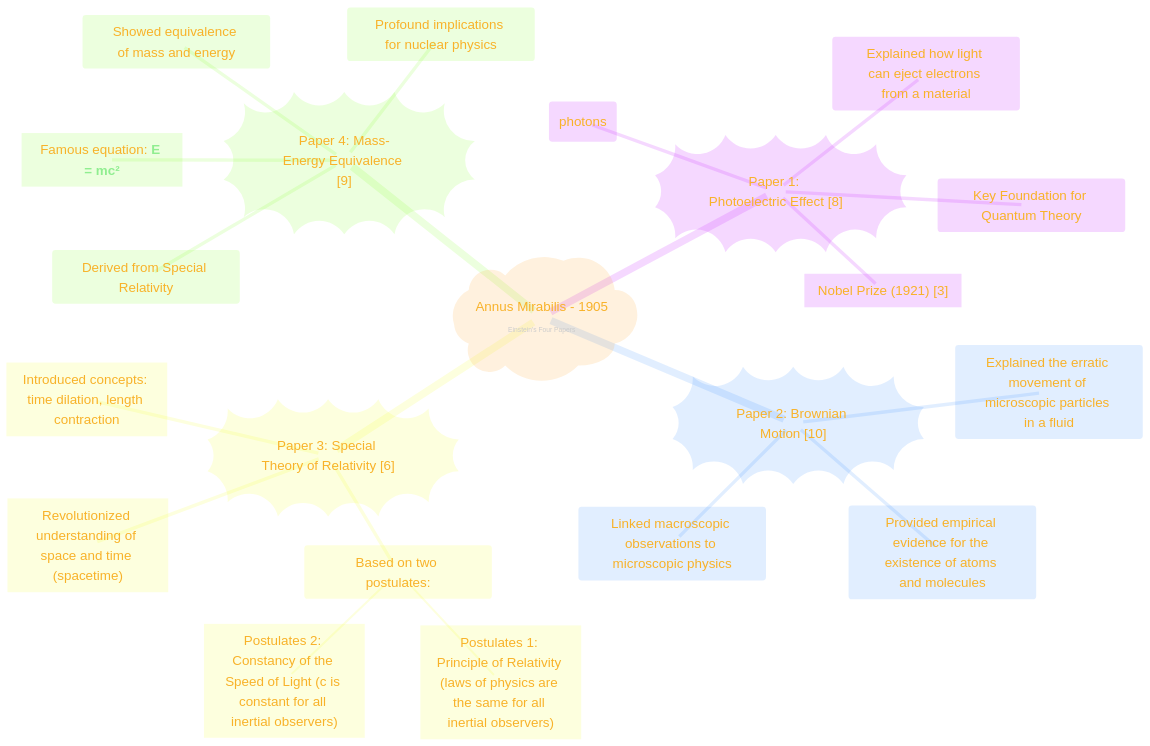
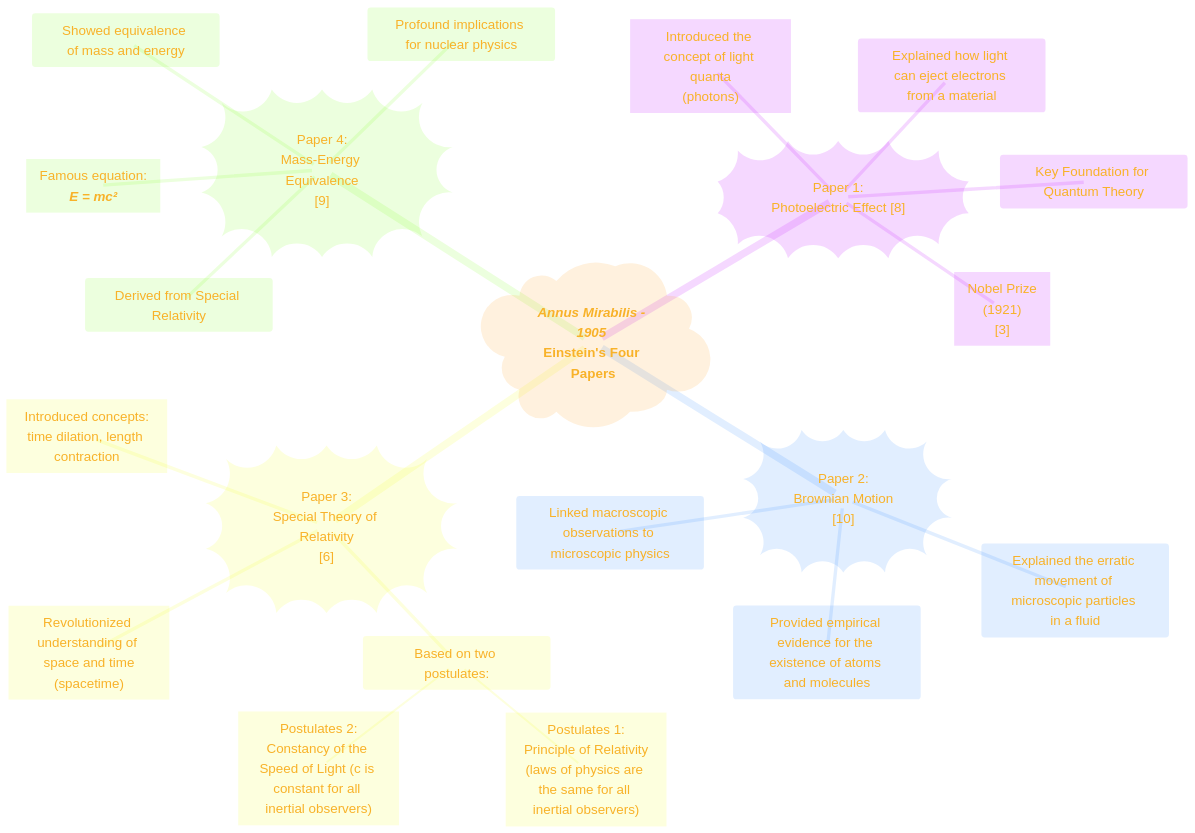
One commit to CongLeSolutionX/The-Formula-Founders changed the third of 10 diagrams in Albert_Einstein/Albert_Einstein_A_Revolution_in_Physics.md. Above: the diagram before and after it, drawn with Mermaid. The commit also changed other lines of this file, not shown here.

Commit message:
update notes

````diff
--- a/Albert_Einstein/Albert_Einstein_A_Revolution_in_Physics.md
+++ b/Albert_Einstein/Albert_Einstein_A_Revolution_in_Physics.md
@@ -164,56 +164,56 @@
 ```mermaid
 ---
 title: "The Annus Mirabilis (Miracle Year - 1905)"
 author: "Cong Le"
 version: "1.0"
 license(s): "MIT, CC BY 4.0"
 copyright: "Copyright (c) 2025 Cong Le. All Rights Reserved."
 config:
   theme: base
 ---
 %%%%%%%% Mermaid version v11.4.1-b.14
 %%{
   init: {
     'fontFamily': 'Andale Mono, monospace',
     'mindmap': {
 	    'nodeAlign': 'center',
 	    'padding': 20
     },
     'themeVariables': {
       'primaryColor': '#FC82',
       'primaryTextColor': '#F8B229',
       'primaryBorderColor': '#27AE60',
       'secondaryColor': '#EBF3',
       'secondaryTextColor': '#6C3483',
       'secondaryBorderColor': '#A569BD',
       'fontSize': '20px'
     }
   }
 }%%
 mindmap
-  root)"Annus Mirabilis - 1905 <br/> <font color='#cccccc' size='1'>Einstein's Four Papers</font>"(
-    Paper_1))"Paper 1: Photoelectric Effect [8]"((
+  root)"***Annus Mirabilis - 1905*** <br/>**Einstein's Four Papers**"(
+    Paper_1))"Paper 1:<br/>Photoelectric Effect [8]"((
       ::icon(fa fa-lightbulb)
-      Introduced the concept of light quanta (photons)
+      Photons["Introduced the concept of light quanta<br/>(photons)"]
       Explained how light can eject electrons from a material
       Key Foundation for Quantum Theory
-      Nobel_Prize["Nobel Prize (1921) [3]"]
-    Paper_2))"Paper 2: Brownian Motion [10]"((
+      Nobel_Prize["Nobel Prize<br/>(1921)<br/>[3]"]
+    Paper_2))"Paper 2:<br/>Brownian Motion<br/>[10]"((
       ::icon(fa fa-atom)
       Explained the erratic movement of microscopic particles in a fluid
       Provided empirical evidence for the existence of atoms and molecules
       Linked macroscopic observations to microscopic physics
-    Paper_3))"Paper 3: Special Theory of Relativity [6]"((
+    Paper_3))"Paper 3:<br/>Special Theory of Relativity<br/>[6]"((
       ::icon(fa fa-rocket)
       Based on two postulates:
-        Postulates_1["Postulates 1: Principle of Relativity (laws of physics are the same for all inertial observers)"]
-        Postulates_2["Postulates 2: Constancy of the Speed of Light (c is constant for all inertial observers)"]
-      Spacetime["Revolutionized understanding of space and time (spacetime)"]
-      Introduced_concepts["Introduced concepts: time dilation, length contraction"]
-    Paper_4))"Paper 4: Mass-Energy Equivalence [9]"((
+        Postulates_1["Postulates 1:<br/>Principle of Relativity<br/>(laws of physics are the same for all inertial observers)"]
+        Postulates_2["Postulates 2:<br/>Constancy of the Speed of Light (c is constant for all inertial observers)"]
+      Spacetime["Revolutionized understanding of space and time<br/>(spacetime)"]
+      Introduced_concepts["Introduced concepts:<br/>time dilation, length contraction"]
+    Paper_4))"Paper 4:<br/>Mass-Energy Equivalence<br/>[9]"((
       ::icon(fa fa-bolt)
       Derived from Special Relativity
-      Famous_equation["Famous equation: <font color='#90ee90'><b>E = mc²</b></font>"]
+      Famous_equation["Famous equation:<br/>***E = mc²***"]
       Showed equivalence of mass and energy
       Profound implications for nuclear physics
 ```
````
